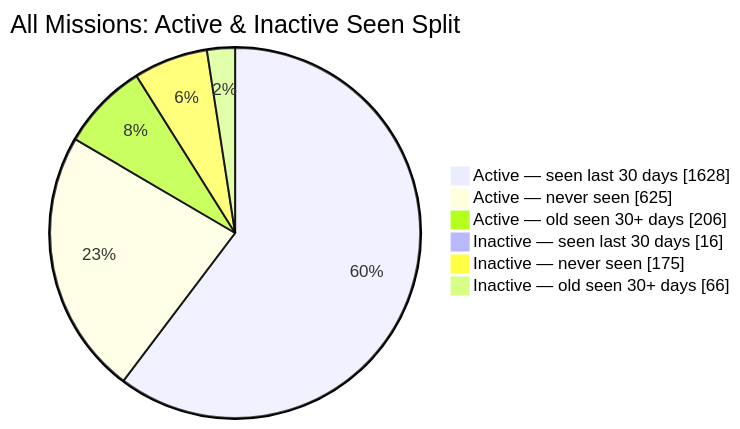
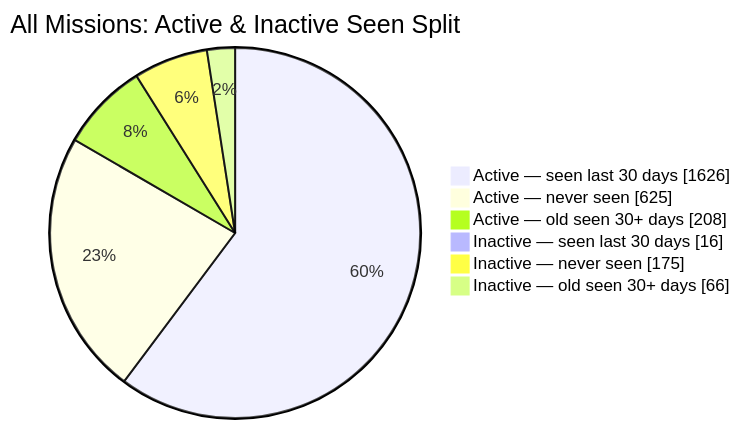
Before and after one commit to MeldkamerspelGameTeam/active-missions: the second of 2 diagrams in README.md, drawn with Mermaid. The commit also changed other lines of this file and 3 other files, not shown here.

````diff
--- a/README.md
+++ b/README.md
@@ -44,10 +44,10 @@
 ```mermaid
 pie showData
     title All Missions: Active & Inactive Seen Split
-    "Active — seen last 30 days" : 1628
+    "Active — seen last 30 days" : 1626
     "Active — never seen" : 625
-    "Active — old seen 30+ days" : 206
+    "Active — old seen 30+ days" : 208
     "Inactive — seen last 30 days" : 16
     "Inactive — never seen" : 175
     "Inactive — old seen 30+ days" : 66
 ```
````
